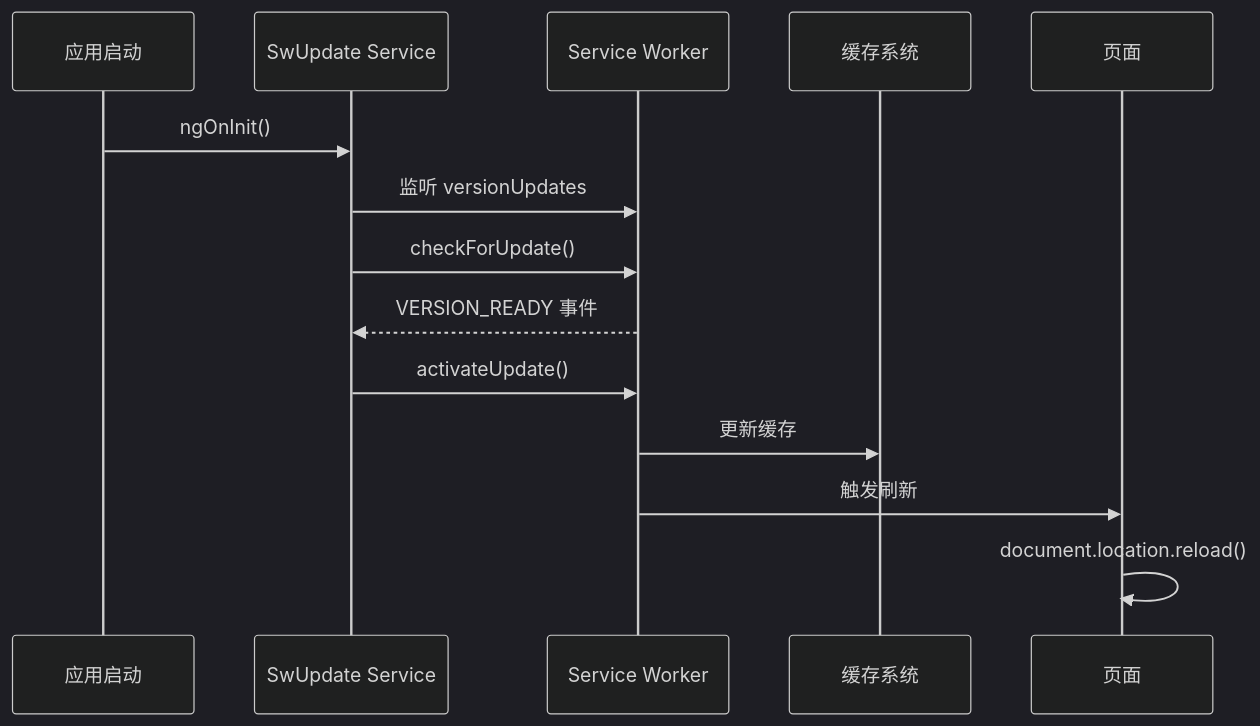
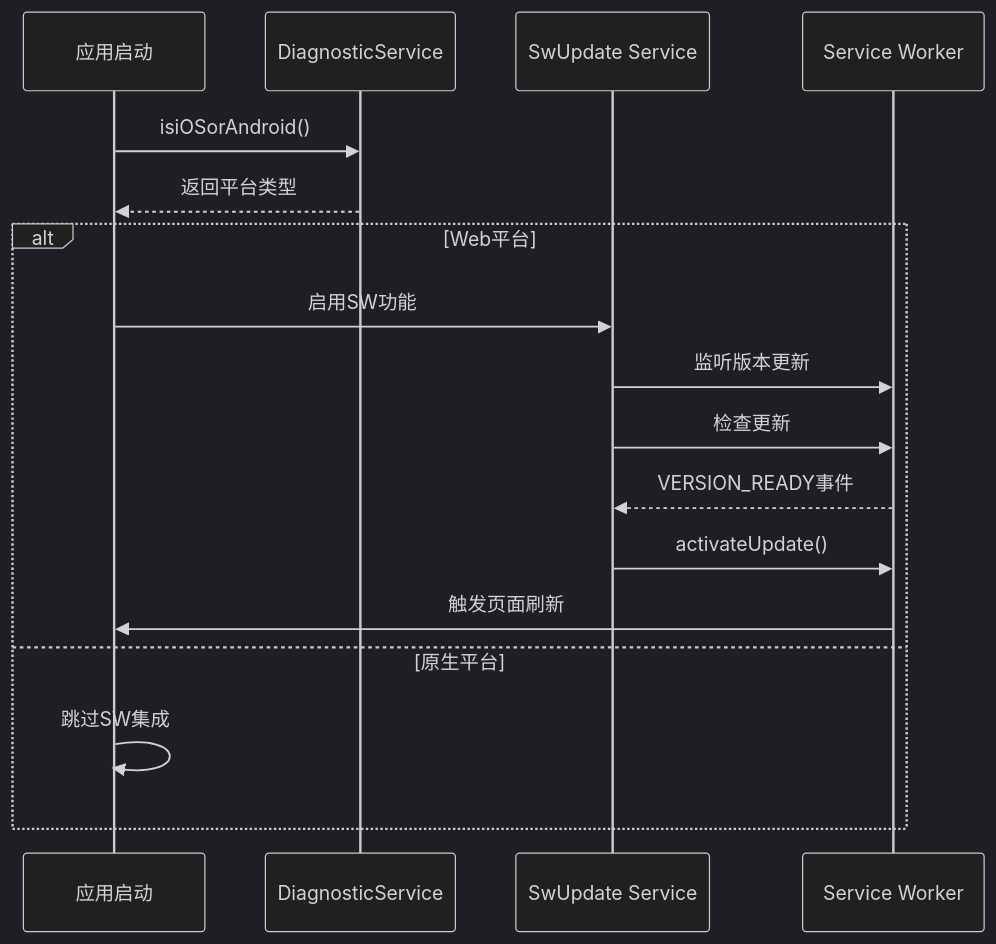
The seventh of 9 diagrams in .qoder/repowiki/zh/content/核心功能模块/应用程序更新系统.md (tea4go/Macro-Deck-Client-App), drawn with Mermaid (dark theme) before and after one commit. The commit also changed other lines of this file and 57 other files, not shown here.

````diff
--- a/.qoder/repowiki/zh/content/核心功能模块/应用程序更新系统.md
+++ b/.qoder/repowiki/zh/content/核心功能模块/应用程序更新系统.md
@@ -452,16 +353,19 @@
 ```mermaid
 sequenceDiagram
 participant App as 应用启动
+participant Diag as DiagnosticService
 participant SwUpdate as SwUpdate Service
 participant SW as Service Worker
-participant Cache as 缓存系统
-participant Page as 页面
-App->>SwUpdate : ngOnInit()
-SwUpdate->>SW : 监听 versionUpdates
-SwUpdate->>SW : checkForUpdate()
-SW-->>SwUpdate : VERSION_READY 事件
+App->>Diag : isiOSorAndroid()
+Diag-->>App : 返回平台类型
+alt Web平台
+App->>SwUpdate : 启用SW功能
+SwUpdate->>SW : 监听版本更新
+SwUpdate->>SW : 检查更新
+SW-->>SwUpdate : VERSION_READY事件
 SwUpdate->>SW : activateUpdate()
-SW->>Cache : 更新缓存
-SW->>Page : 触发刷新
-Page->>Page : document.location.reload()
+SW->>App : 触发页面刷新
+else 原生平台
+App->>App : 跳过SW集成
+end
 ```
````
